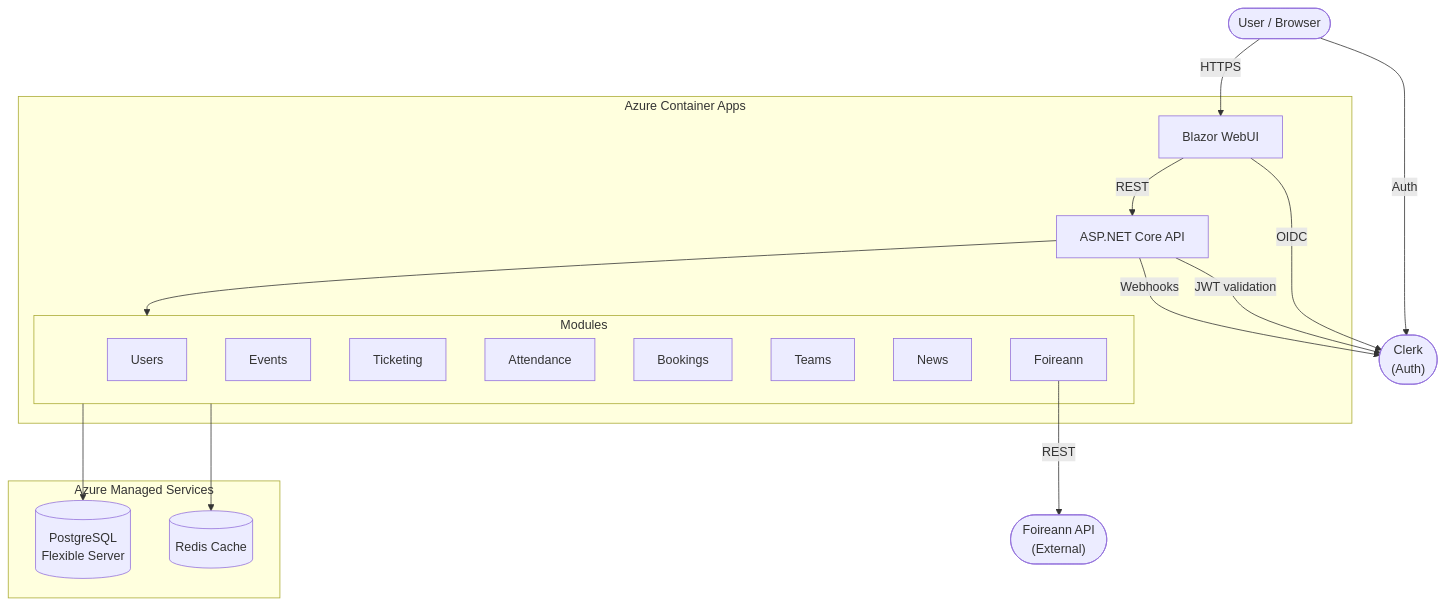
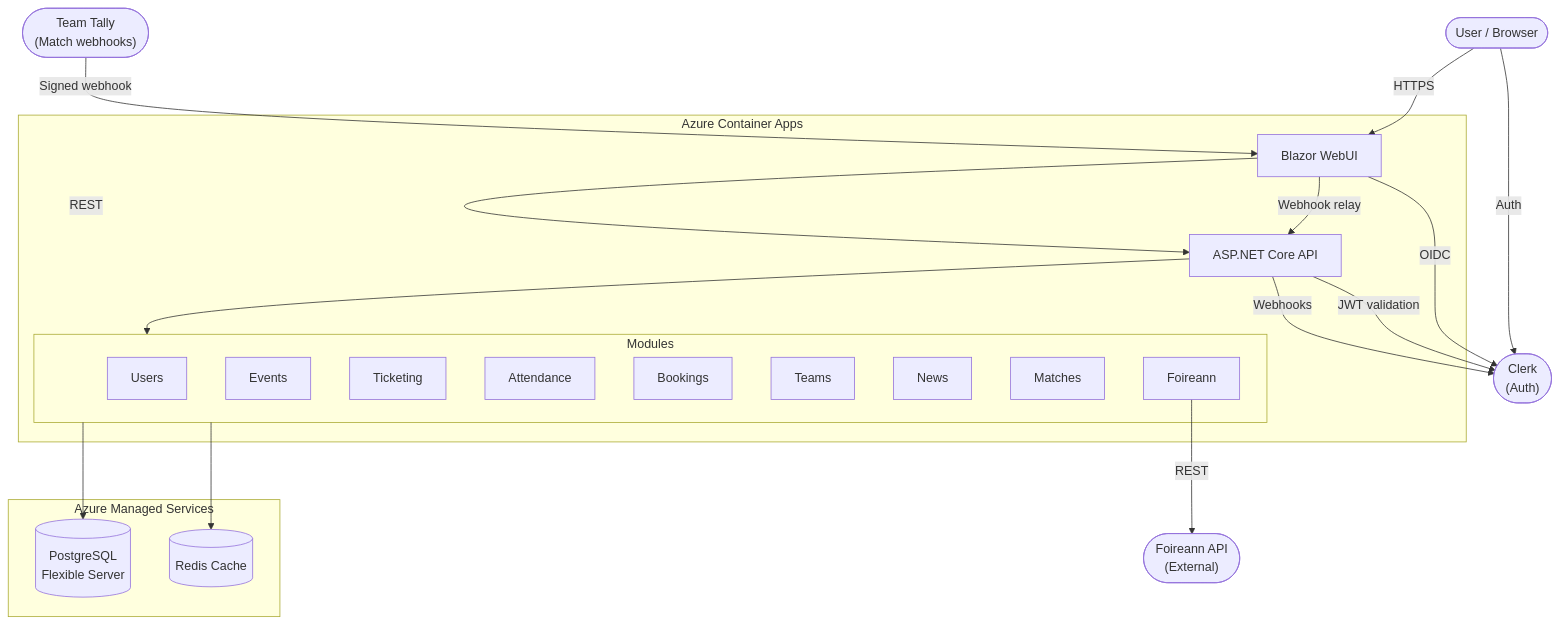
Before and after one commit to fearghalmcshane/SilverbridgeWeb: the first of 2 diagrams in README.md, drawn with Mermaid. The commit also changed other lines of this file and 67 other files, not shown here.

First line of the commit message:
Add Team Tally hook integration (#255)

````diff
--- a/README.md
+++ b/README.md
@@ -91,38 +92,42 @@
 ```mermaid
 graph TB
     User(["User / Browser"])
     Clerk(["Clerk\n(Auth)"])
     Foireann(["Foireann API\n(External)"])
+    TeamTally(["Team Tally\n(Match webhooks)"])
 
     subgraph Azure Container Apps
         WebUI["Blazor WebUI"]
         API["ASP.NET Core API"]
 
         subgraph Modules
             Users["Users"]
             Events["Events"]
             Ticketing["Ticketing"]
             Attendance["Attendance"]
             Bookings["Bookings"]
             Teams["Teams"]
             News["News"]
+            Matches["Matches"]
             FoireannMod["Foireann"]
         end
     end
 
     subgraph Azure Managed Services
         PG[("PostgreSQL\nFlexible Server")]
         Redis[("Redis Cache")]
     end
 
     User -->|"HTTPS"| WebUI
+    TeamTally -->|"Signed webhook"| WebUI
+    WebUI -->|"Webhook relay"| API
     User -->|"Auth"| Clerk
     WebUI -->|"REST"| API
     WebUI -->|"OIDC"| Clerk
     API -->|"JWT validation"| Clerk
     API --> Modules
     API -->|"Webhooks"| Clerk
     Modules --> PG
     Modules --> Redis
     FoireannMod -->|"REST"| Foireann
 ```
````
